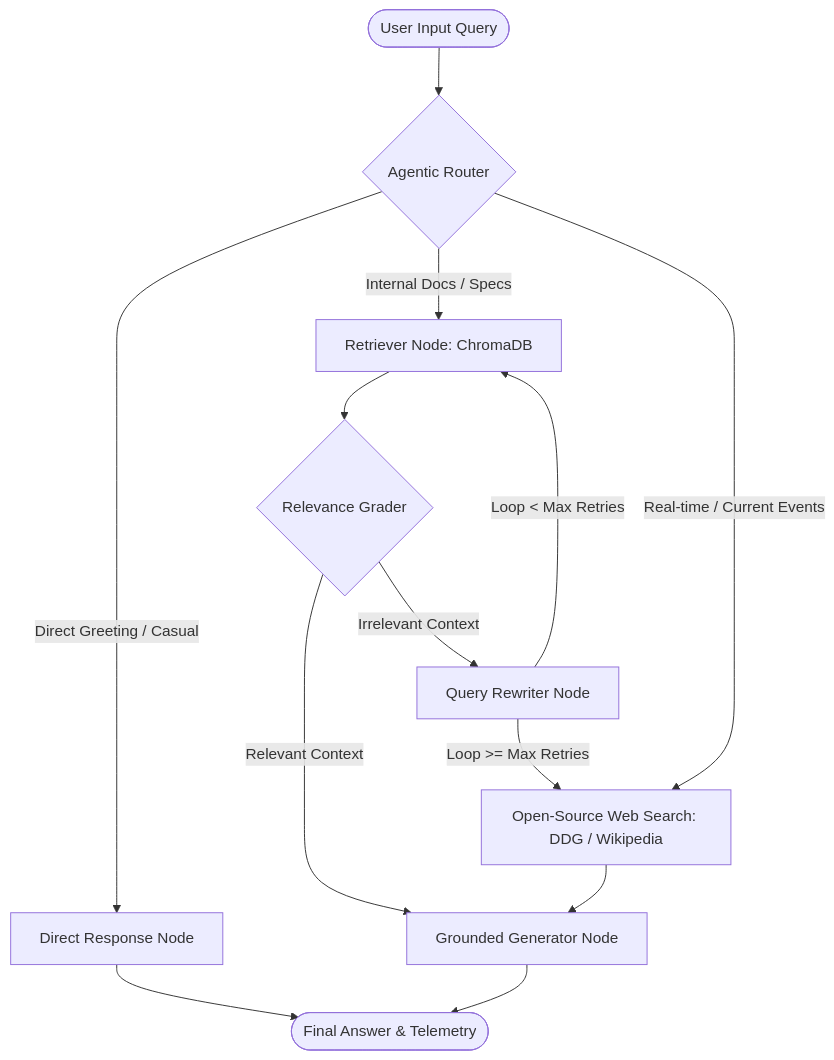
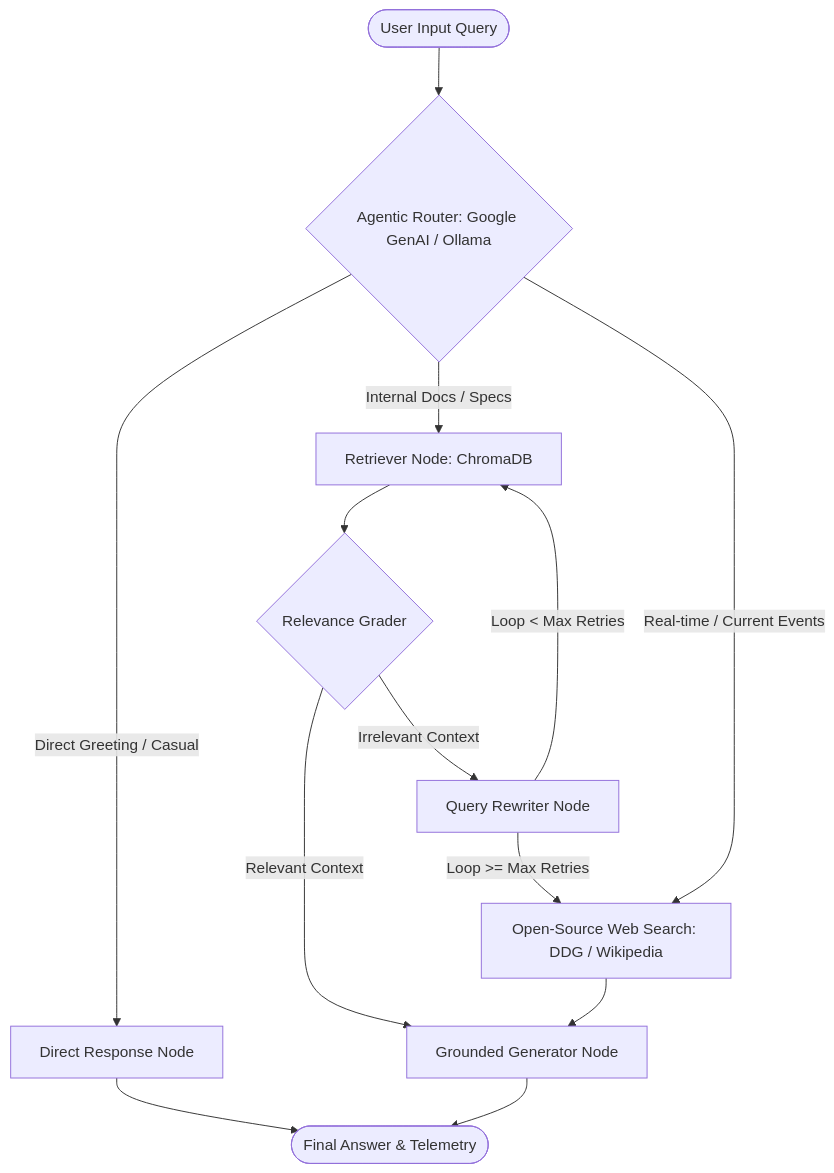
The diagram in README.md (Tejasrahane/Enterprise-RAG), drawn with Mermaid before and after one commit. The commit also changed other lines of this file and 11 other files, not shown here.

Commit message:
Integrate Google GenAI (ADK/Gemini) provider and serverless embeddings

````diff
--- a/README.md
+++ b/README.md
@@ -23,26 +26,26 @@
 ```mermaid
 flowchart TD
-    Start([User Input Query]) --> Router{Agentic Router}
+    Start([User Input Query]) --> Router{Agentic Router: Google GenAI / Ollama}
     
     %% Direct Conversation
     Router -->|Direct Greeting / Casual| Direct[Direct Response Node]
     Direct --> Output([Final Answer & Telemetry])
     
     %% Vector Store Route
     Router -->|Internal Docs / Specs| Retriever[Retriever Node: ChromaDB]
     Retriever --> Grader{Relevance Grader}
     
     %% Grader Decisions
     Grader -->|Relevant Context| Generator[Grounded Generator Node]
     Grader -->|Irrelevant Context| Rewriter[Query Rewriter Node]
     
     %% Rewriter Loops
     Rewriter -->|Loop < Max Retries| Retriever
     Rewriter -->|Loop >= Max Retries| WebSearch[Open-Source Web Search: DDG / Wikipedia]
     
     %% Web Search Route
     Router -->|Real-time / Current Events| WebSearch
     WebSearch --> Generator
     
     Generator --> Output
 ```
````
